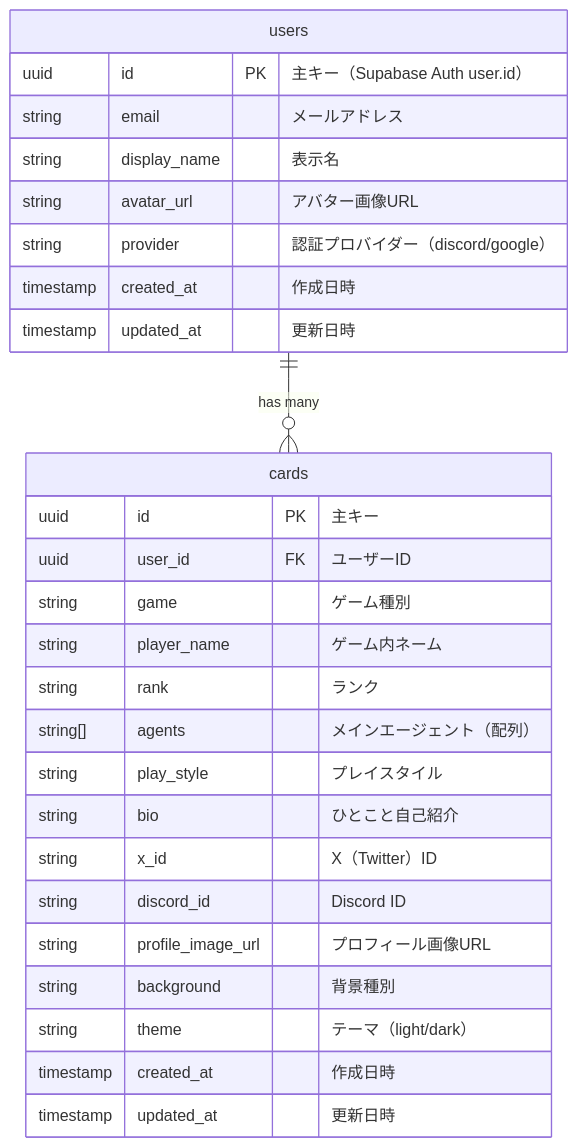
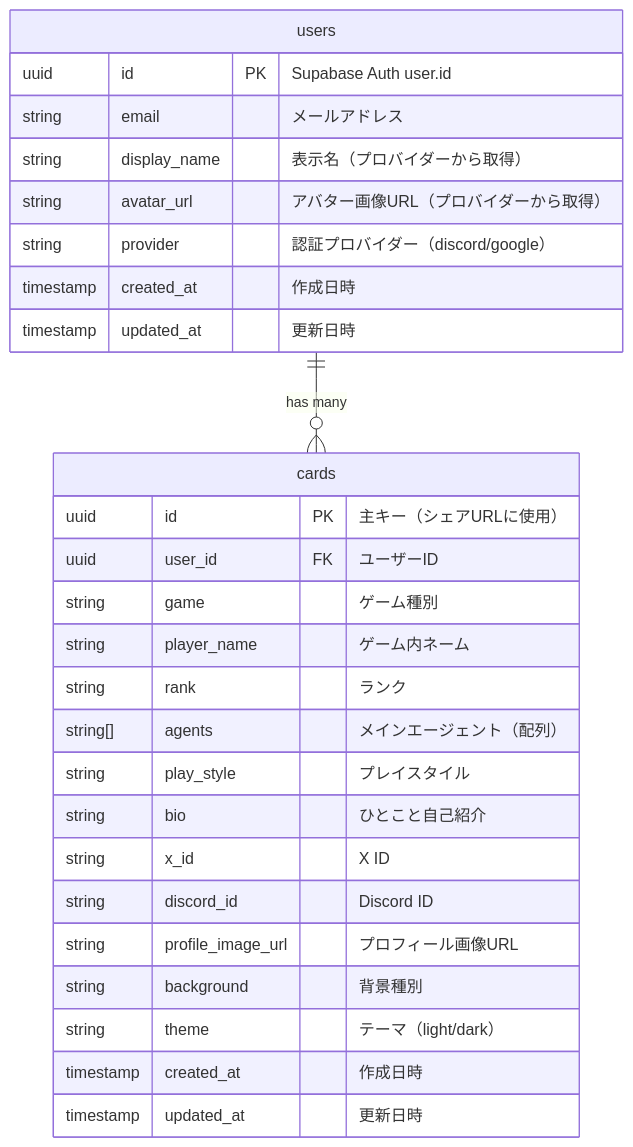
The first of 2 diagrams in docs/ERD.md (machina-gg/gg-profile), drawn with Mermaid before and after one commit. The commit also changed other lines of this file, not shown here.

````diff
--- a/docs/ERD.md
+++ b/docs/ERD.md
@@ -17,32 +12,32 @@
 ```mermaid
 erDiagram
     users ||--o{ cards : "has many"
 
     users {
-        uuid id PK "主キー（Supabase Auth user.id）"
+        uuid id PK "Supabase Auth user.id"
         string email "メールアドレス"
-        string display_name "表示名"
-        string avatar_url "アバター画像URL"
+        string display_name "表示名（プロバイダーから取得）"
+        string avatar_url "アバター画像URL（プロバイダーから取得）"
         string provider "認証プロバイダー（discord/google）"
         timestamp created_at "作成日時"
         timestamp updated_at "更新日時"
     }
 
     cards {
-        uuid id PK "主キー"
+        uuid id PK "主キー（シェアURLに使用）"
         uuid user_id FK "ユーザーID"
         string game "ゲーム種別"
         string player_name "ゲーム内ネーム"
         string rank "ランク"
         string[] agents "メインエージェント（配列）"
         string play_style "プレイスタイル"
         string bio "ひとこと自己紹介"
-        string x_id "X（Twitter）ID"
+        string x_id "X ID"
         string discord_id "Discord ID"
         string profile_image_url "プロフィール画像URL"
         string background "背景種別"
         string theme "テーマ（light/dark）"
         timestamp created_at "作成日時"
         timestamp updated_at "更新日時"
     }
 ```
````
